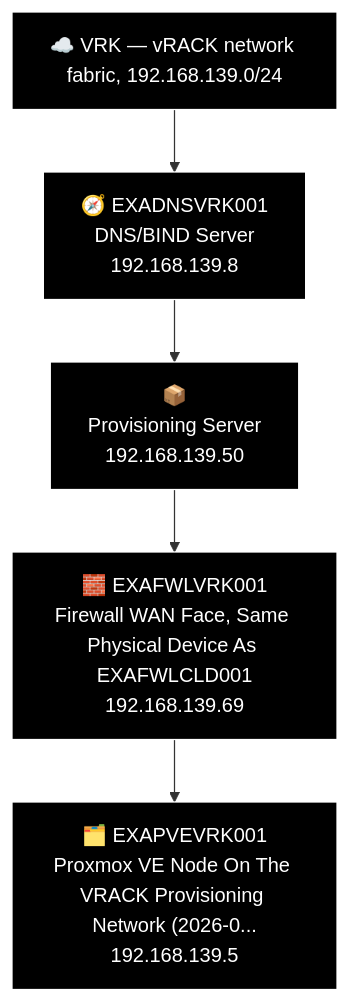
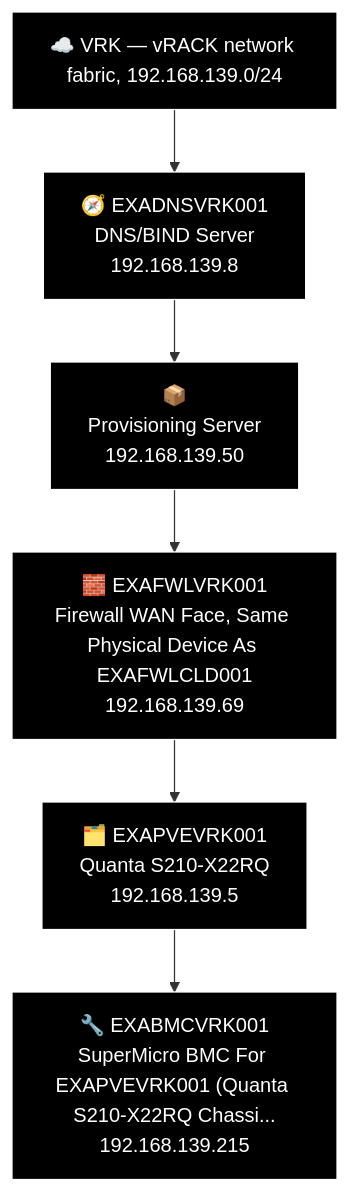
Before and after one commit to knightmare2600/example_music_infra: the diagram in docs/network-diagram/vrk.md, drawn with Mermaid. The commit also changed 4 other files, not shown here.

First line of the commit message:
benarbejde/devices.csv: add EXABMCVRK001, record real VRK PVE/BMC hardware

````diff
--- a/docs/network-diagram/vrk.md
+++ b/docs/network-diagram/vrk.md
@@ -31,17 +31,19 @@
 ```mermaid
 %% GENERATED:TOPOLOGY:VRK:START
 %%{init: {'flowchart': {'curve': 'stepAfter'}}}%%
 graph TD
     T_VRK["☁️ VRK — vRACK network fabric, 192.168.139.0/24"]
     T_DNS["🧭 EXADNSVRK001<br/>DNS/BIND Server<br/>192.168.139.8"]
     T_TMP["📦<br/>Provisioning Server<br/>192.168.139.50"]
     T_FWL["🧱 EXAFWLVRK001<br/>Firewall WAN Face, Same Physical Device As EXAFWLCLD001<br/>192.168.139.69"]
-    T_PVE["🗂️ EXAPVEVRK001<br/>Proxmox VE Node On The VRACK Provisioning Network (2026-0...<br/>192.168.139.5"]
-    T_VRK --> T_DNS --> T_TMP --> T_FWL --> T_PVE
+    T_PVE["🗂️ EXAPVEVRK001<br/>Quanta S210-X22RQ<br/>192.168.139.5"]
+    T_BMC["🔧 EXABMCVRK001<br/>SuperMicro BMC For EXAPVEVRK001 (Quanta S210-X22RQ Chassi...<br/>192.168.139.215"]
+    T_VRK --> T_DNS --> T_TMP --> T_FWL --> T_PVE --> T_BMC
     style T_VRK fill:#000000,stroke:#FFFFFF,color:#FFFFFF
     style T_DNS fill:#000000,stroke:#FFFFFF,color:#FFFFFF
     style T_TMP fill:#000000,stroke:#FFFFFF,color:#FFFFFF
     style T_FWL fill:#000000,stroke:#FFFFFF,color:#FFFFFF
     style T_PVE fill:#000000,stroke:#FFFFFF,color:#FFFFFF
+    style T_BMC fill:#000000,stroke:#FFFFFF,color:#FFFFFF
 %% GENERATED:TOPOLOGY:VRK:END
 ```
````
